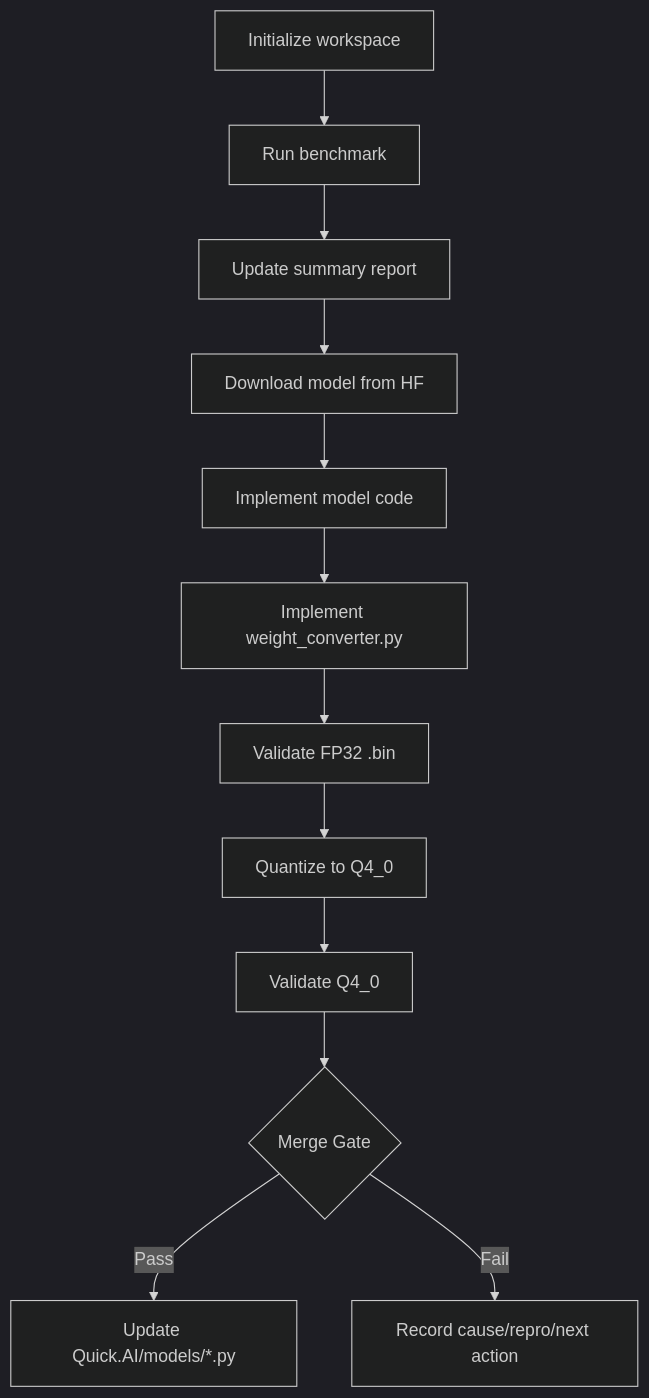
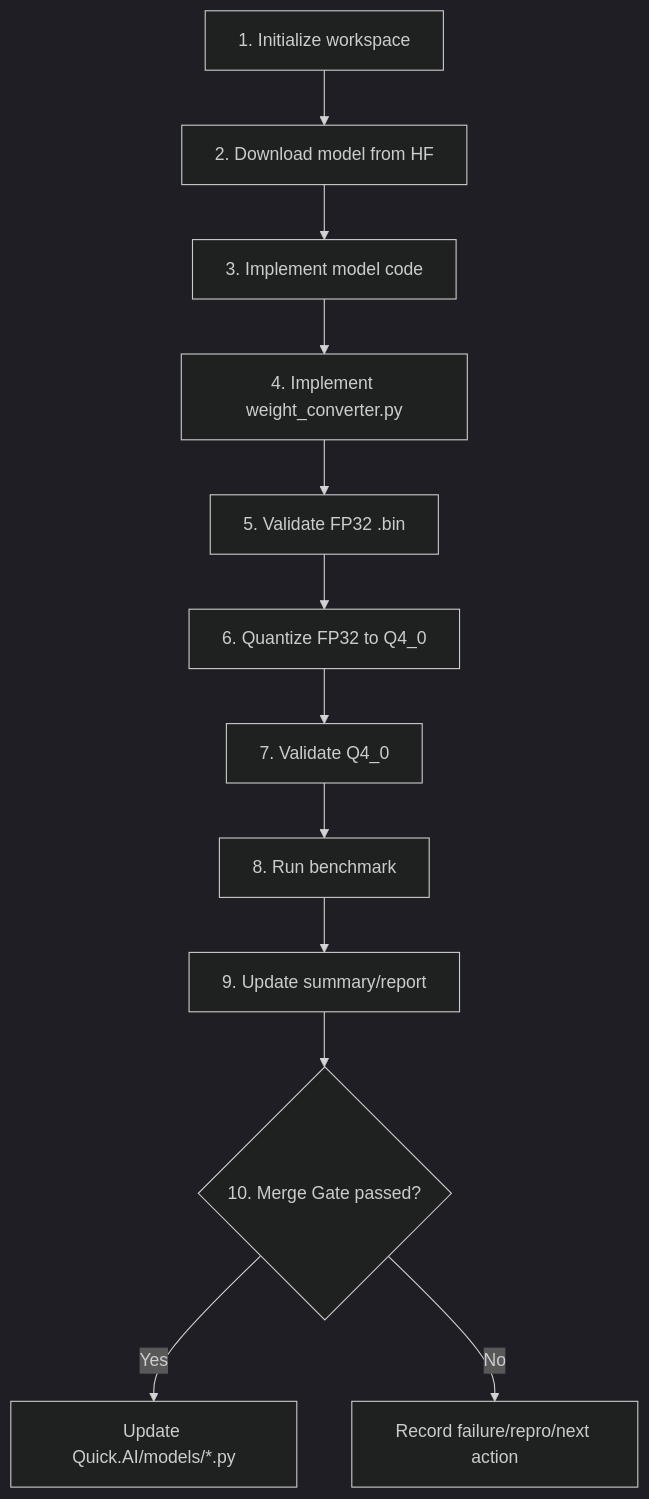
Before and after one commit to Jungwon-Lee/Quick.AI: the diagram in tools/model_onboarding_agent/AGENT_ROLE.md, drawn with Mermaid (dark theme). The commit also changed other lines of this file and 1 other file, not shown here.

````diff
--- a/tools/model_onboarding_agent/AGENT_ROLE.md
+++ b/tools/model_onboarding_agent/AGENT_ROLE.md
@@ -194,14 +183,14 @@
 ```mermaid
 flowchart TD
-    A[Initialize workspace] --> B[Run benchmark]
-    B --> C[Update summary report]
-    C --> D[Download model from HF]
-    D --> E[Implement model code]
-    E --> F[Implement weight_converter.py]
-    F --> G[Validate FP32 .bin]
-    G --> H[Quantize to Q4_0]
-    H --> I[Validate Q4_0]
-    I --> J{Merge Gate}
-    J -->|Pass| K[Update Quick.AI/models/*.py]
-    J -->|Fail| L[Record cause/repro/next action]
+    A[1. Initialize workspace] --> B[2. Download model from HF]
+    B --> C[3. Implement model code]
+    C --> D[4. Implement weight_converter.py]
+    D --> E[5. Validate FP32 .bin]
+    E --> F[6. Quantize FP32 to Q4_0]
+    F --> G[7. Validate Q4_0]
+    G --> H[8. Run benchmark]
+    H --> I[9. Update summary/report]
+    I --> J{10. Merge Gate passed?}
+    J -->|Yes| K[Update Quick.AI/models/*.py]
+    J -->|No| L[Record failure/repro/next action]
 ```
````
